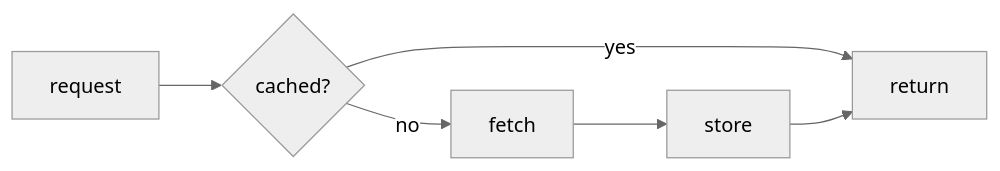
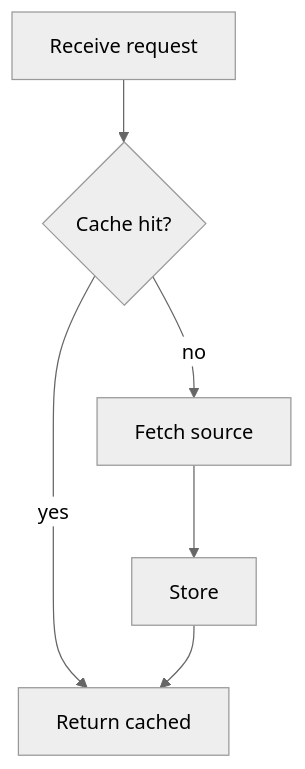
Before and after one commit to sersiousSenpai/redline: the first of 8 diagrams in skills/sidecar/SKILL.md, drawn with Mermaid (neutral theme). The commit also changed other lines of this file and 10 other files, not shown here.

````diff
--- a/skills/sidecar/SKILL.md
+++ b/skills/sidecar/SKILL.md
@@ -156,7 +145,6 @@
 ```mermaid
-flowchart LR
-  A[request] --> B{cached?}
-  B -->|yes| C[return]
-  B -->|no| D[fetch] --> E[store] --> C
-  class C rl-emph
+flowchart TD
+  A[Receive request] --> B{Cache hit?}
+  B -->|yes| C[Return cached]
+  B -->|no| D[Fetch source] --> E[Store] --> C
 ```
````
